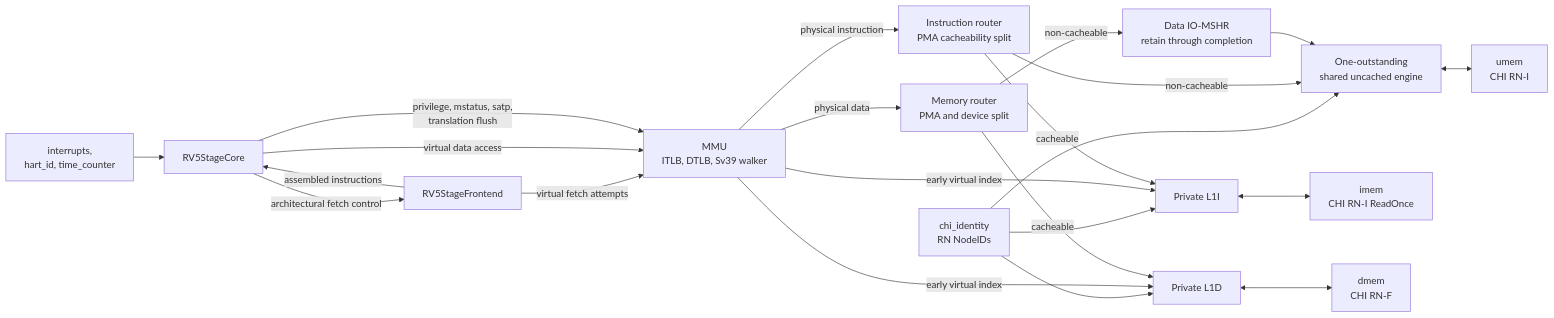
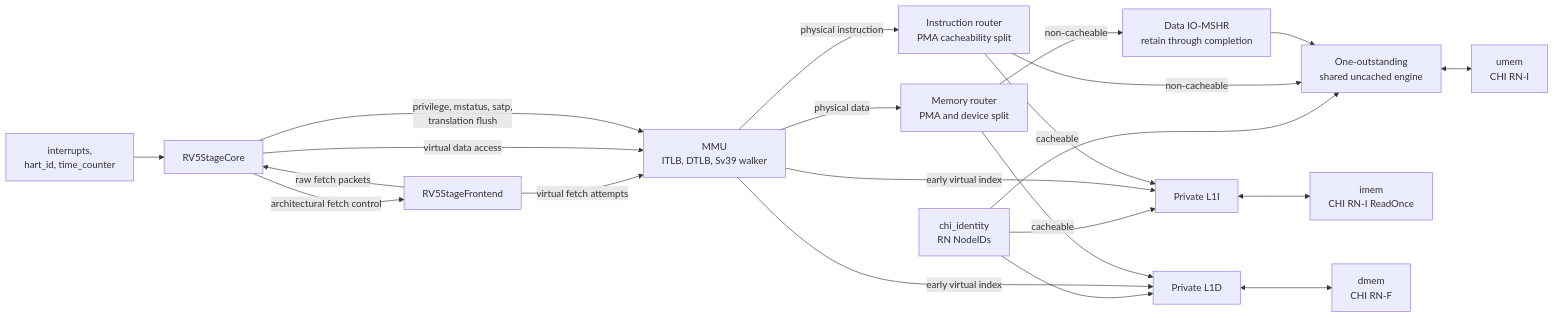
The second of 2 diagrams in cores/rv5stage/README.md (jerryz123/rhodium), drawn with Mermaid before and after one commit. The commit also changed other lines of this file and 15 other files, not shown here.

````diff
--- a/cores/rv5stage/README.md
+++ b/cores/rv5stage/README.md
@@ -922,28 +926,28 @@
 ```mermaid
 flowchart LR
     PLATFORM["interrupts,<br/>hart_id, time_counter"] --> CORE["RV5StageCore"]
     IDENTITY["chi_identity<br/>RN NodeIDs"] --> L1I
     IDENTITY --> L1D
     IDENTITY --> UNCACHED
 
     CORE -->|"architectural fetch control"| FRONTEND["RV5StageFrontend"]
-    FRONTEND -->|"assembled instructions"| CORE
+    FRONTEND -->|"raw fetch packets"| CORE
     FRONTEND -->|"virtual fetch attempts"| MMU["MMU<br/>ITLB, DTLB, Sv39 walker"]
     CORE -->|"virtual data access"| MMU
     CORE -->|"privilege, mstatus, satp,<br/>translation flush"| MMU
     MMU -->|"early virtual index"| L1I
     MMU -->|"early virtual index"| L1D
 
     MMU -->|"physical instruction"| IROUTER["Instruction router<br/>PMA cacheability split"]
     IROUTER -->|"cacheable"| L1I["Private L1I"]
     IROUTER -->|"non-cacheable"| UNCACHED["One-outstanding<br/>shared uncached engine"]
     MMU -->|"physical data"| ROUTER["Memory router<br/>PMA and device split"]
     ROUTER -->|"cacheable"| L1D["Private L1D"]
     ROUTER -->|"non-cacheable"| IOMSHR["Data IO-MSHR<br/>retain through completion"]
     IOMSHR --> UNCACHED
 
     L1I <--> IMEM["imem<br/>CHI RN-I ReadOnce"]
     L1D <--> DMEM["dmem<br/>CHI RN-F"]
     UNCACHED <--> UMEM["umem<br/>CHI RN-I"]
 
 ```
````
